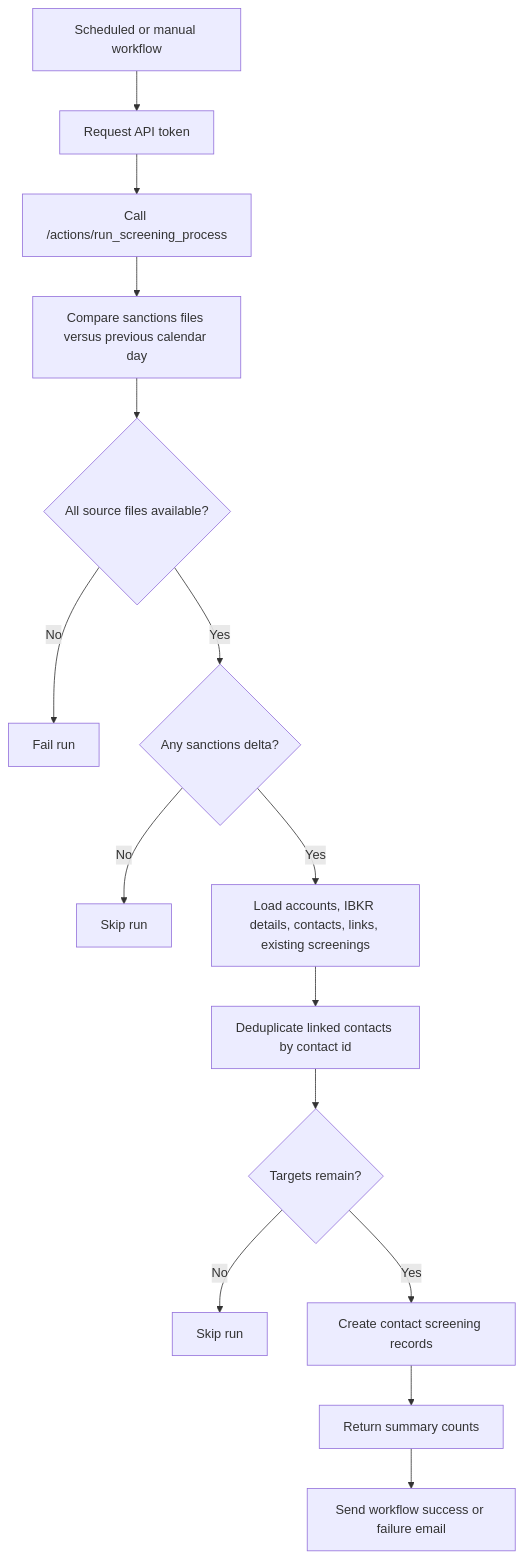
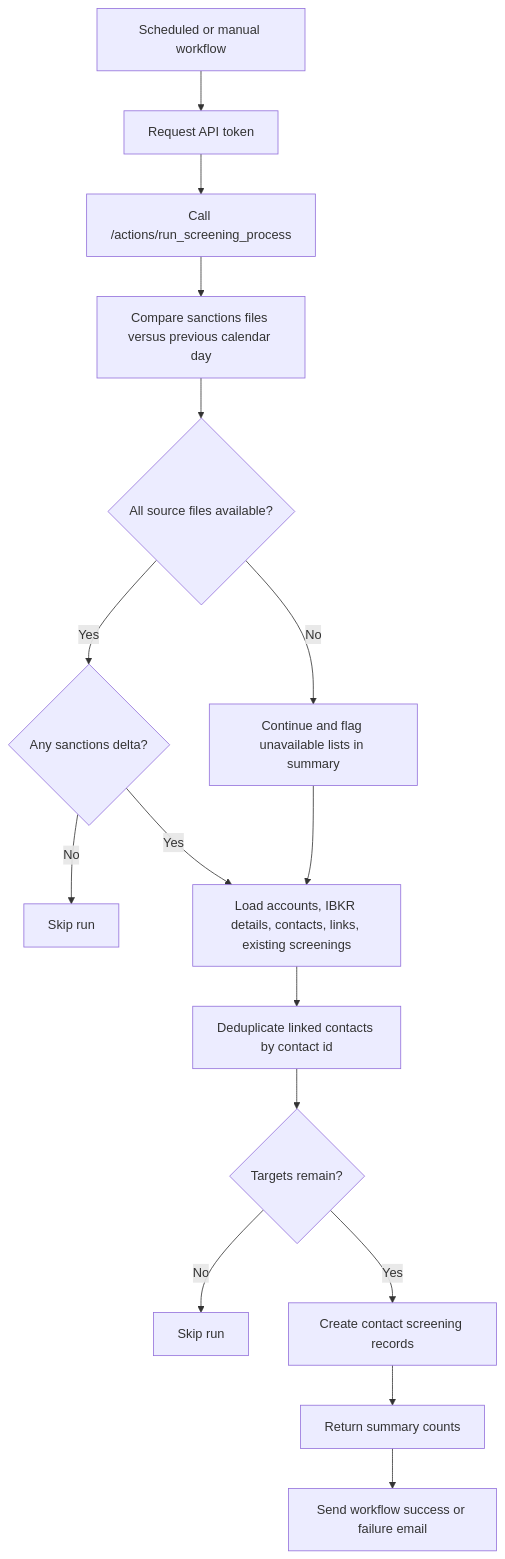
One commit to agmtrader/compliance changed the diagram in processes/01-daily-screening-run.md. Above: the diagram before and after it, drawn with Mermaid. The commit also changed other lines of this file and 2 other files, not shown here.

Commit message:
Update daily screening run documentation to clarify handling of unavailable sanctions files and enhance summary details; add preventive control for live-account CLP capability based on investment experience.

````diff
--- a/processes/01-daily-screening-run.md
+++ b/processes/01-daily-screening-run.md
@@ -45,17 +45,18 @@
 ```mermaid
 flowchart TD
     A["Scheduled or manual workflow"] --> B["Request API token"]
     B --> C["Call /actions/run_screening_process"]
     C --> D["Compare sanctions files versus previous calendar day"]
     D --> E{"All source files available?"}
-    E -- "No" --> F["Fail run"]
+    E -- "No" --> F["Continue and flag unavailable lists in summary"]
     E -- "Yes" --> G{"Any sanctions delta?"}
     G -- "No" --> H["Skip run"]
     G -- "Yes" --> I["Load accounts, IBKR details, contacts, links, existing screenings"]
+    F --> I
     I --> J["Deduplicate linked contacts by contact id"]
     J --> K{"Targets remain?"}
     K -- "No" --> L["Skip run"]
     K -- "Yes" --> M["Create contact screening records"]
     M --> N["Return summary counts"]
     N --> O["Send workflow success or failure email"]
 ```
````
